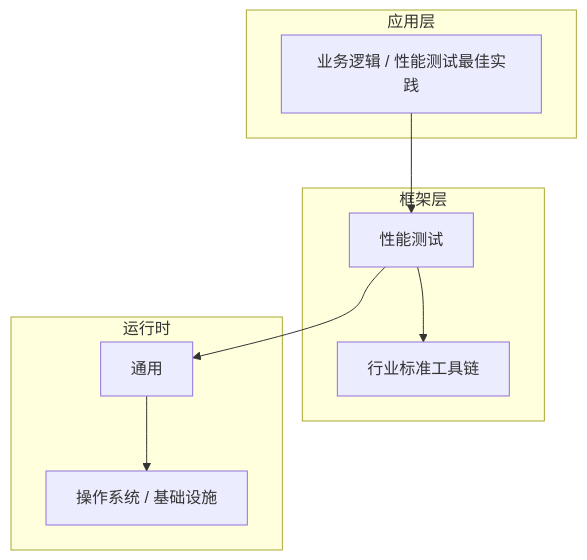
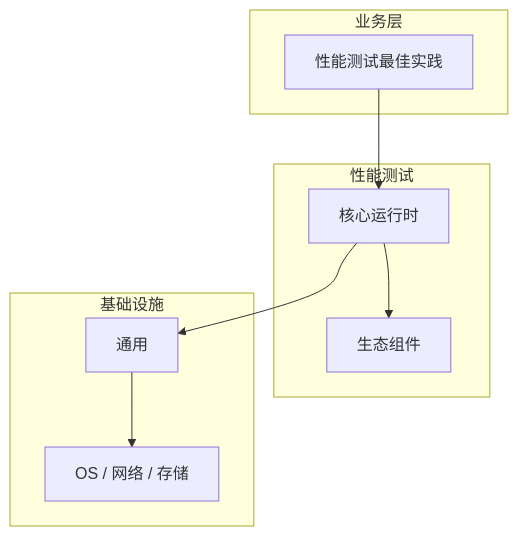
Before and after one commit to yanggan2015/knowledge-json-v2: the diagram in articles/性能测试/chapters/075-性能测试最佳实践核心概念与原理.md, drawn with Mermaid. The commit also changed other lines of this file and 10127 other files, not shown here.

````diff
--- a/articles/性能测试/chapters/075-性能测试最佳实践核心概念与原理.md
+++ b/articles/性能测试/chapters/075-性能测试最佳实践核心概念与原理.md
@@ -45,18 +34,18 @@
 ```mermaid
 graph TB
-    subgraph 应用层
-        A[业务逻辑 / 性能测试最佳实践]
+    subgraph 业务层
+        A[性能测试最佳实践]
     end
-    subgraph 框架层
-        B[性能测试]
-        C[行业标准工具链]
+    subgraph 性能测试
+        B[核心运行时]
+        C[生态组件]
     end
-    subgraph 运行时
+    subgraph 基础设施
         D[通用]
-        E[操作系统 / 基础设施]
+        E[OS / 网络 / 存储]
     end
     A --> B
     B --> C
     B --> D
     D --> E
 ```
````
